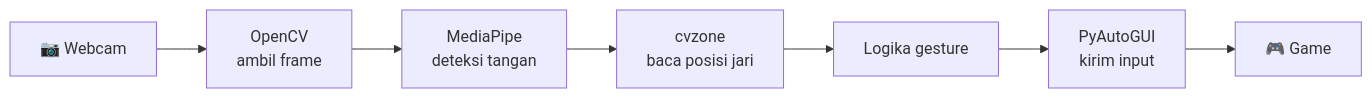
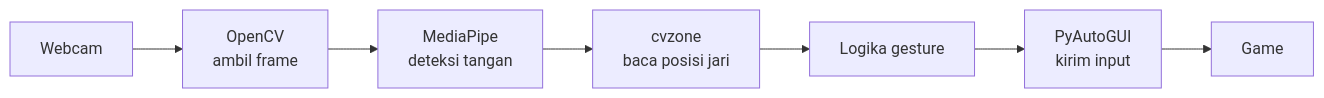
Before and after one commit to HaryMuktiRamdhani/Game-Gesture-Control: the diagram in README.md, drawn with Mermaid. The commit also changed other lines of this file, not shown here.

````diff
--- a/README.md
+++ b/README.md
@@ -46,9 +50,9 @@
 ```mermaid
 flowchart LR
-    A[📷 Webcam] --> B[OpenCV<br/>ambil frame]
+    A[Webcam] --> B[OpenCV<br/>ambil frame]
     B --> C[MediaPipe<br/>deteksi tangan]
     C --> D[cvzone<br/>baca posisi jari]
     D --> E[Logika gesture]
     E --> F[PyAutoGUI<br/>kirim input]
-    F --> G[🎮 Game]
+    F --> G[Game]
 ```
````
